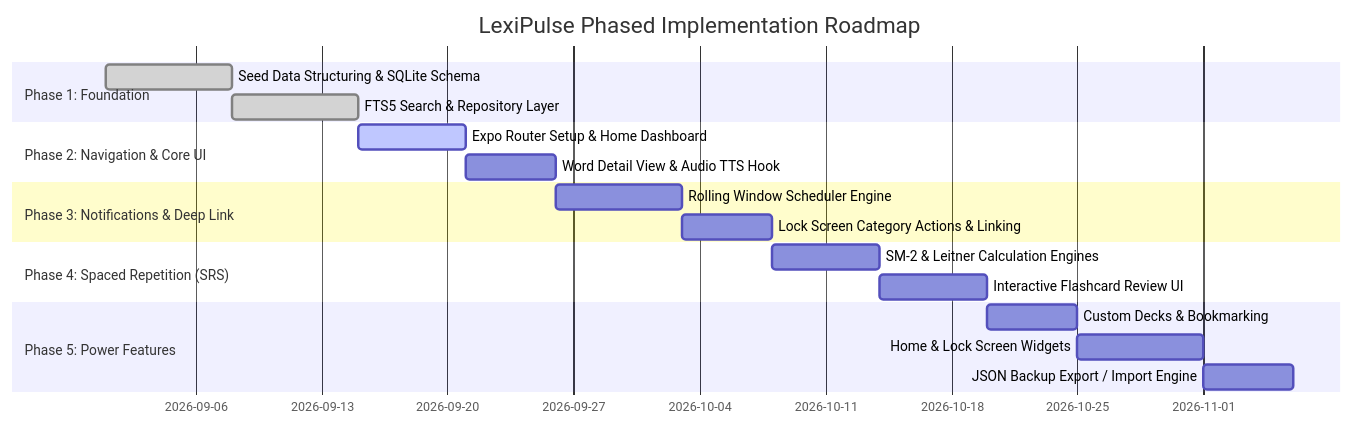
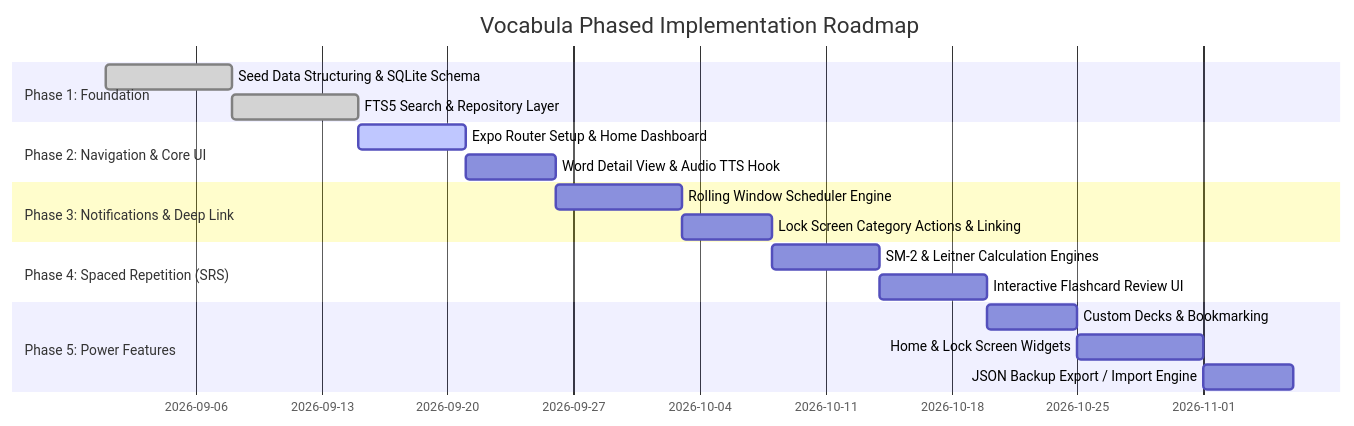
The second of 2 diagrams in docs/FEATURES_AND_ROADMAP.md (Otavio-Emanoel/Vocabula), drawn with Mermaid before and after one commit. The commit also changed other lines of this file and 17 other files, not shown here.

Commit message:
chore(brand): rename application from LexiPulse to Vocabula across app config, UI, database, and documentation

````diff
--- a/docs/FEATURES_AND_ROADMAP.md
+++ b/docs/FEATURES_AND_ROADMAP.md
@@ -135,21 +135,21 @@
 ```mermaid
 gantt
-    title LexiPulse Phased Implementation Roadmap
+    title Vocabula Phased Implementation Roadmap
     dateFormat  YYYY-MM-DD
     section Phase 1: Foundation
     Seed Data Structuring & SQLite Schema    :done, 2026-09-01, 7d
     FTS5 Search & Repository Layer          :done, 2026-09-08, 7d
     section Phase 2: Navigation & Core UI
     Expo Router Setup & Home Dashboard       :active, 2026-09-15, 6d
     Word Detail View & Audio TTS Hook        :2026-09-21, 5d
     section Phase 3: Notifications & Deep Link
     Rolling Window Scheduler Engine          :2026-09-26, 7d
     Lock Screen Category Actions & Linking   :2026-10-03, 5d
     section Phase 4: Spaced Repetition (SRS)
     SM-2 & Leitner Calculation Engines       :2026-10-08, 6d
     Interactive Flashcard Review UI          :2026-10-14, 6d
     section Phase 5: Power Features
     Custom Decks & Bookmarking               :2026-10-20, 5d
     Home & Lock Screen Widgets               :2026-10-25, 7d
     JSON Backup Export / Import Engine       :2026-11-01, 5d
 ```
````
